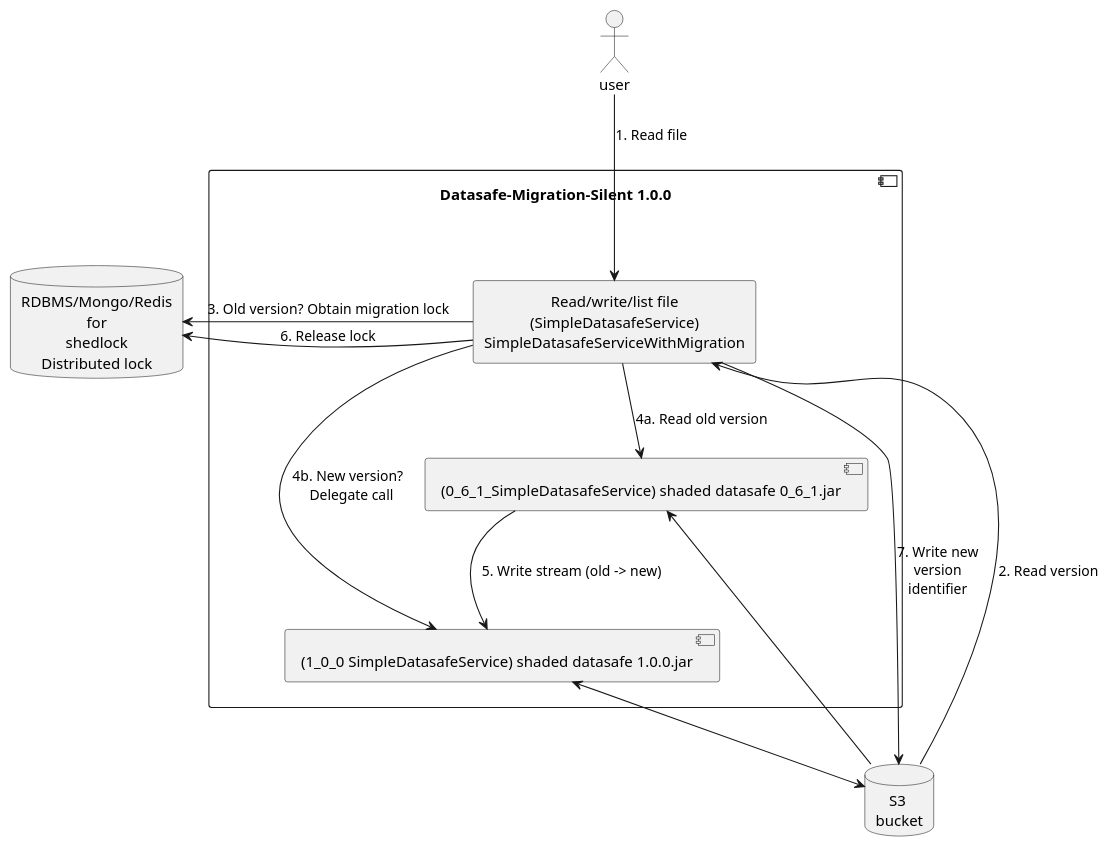
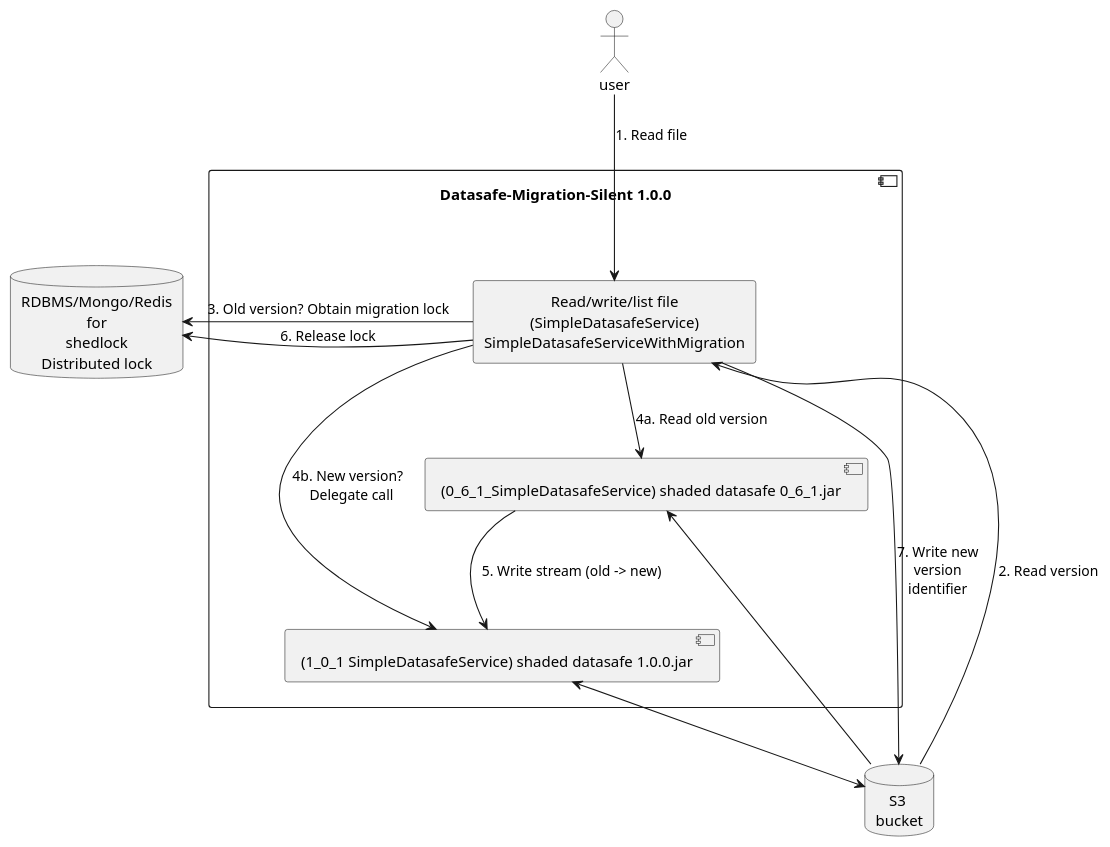
The diagram in docs/diagrams/silent-migration.puml (adorsys/datasafe-migration), drawn with PlantUML before and after one commit. The commit also changed 40 other files, not shown here.

```diff
--- a/docs/diagrams/silent-migration.puml
+++ b/docs/diagrams/silent-migration.puml
@@ -1,33 +1,33 @@
 @startuml
 
 skinparam ranksep 55
 skinparam defaultTextAlignment center
 'skinparam nodesep 20
 skinparam shadowing false
 'skinparam linetype ortho
 
 actor user
 
 component "Datasafe-Migration-Silent 1.0.0\n\n\n" as UBER {
   rectangle "Read/write/list file\n(SimpleDatasafeService)\nSimpleDatasafeServiceWithMigration" as proxy
   component "(0_6_1_SimpleDatasafeService) shaded datasafe 0_6_1.jar" as reader
-  component "(1_0_0 SimpleDatasafeService) shaded datasafe 1.0.0.jar" as datasafe
+  component "(1_0_1 SimpleDatasafeService) shaded datasafe 1.0.0.jar" as datasafe
   reader -[hidden]down-> datasafe
 }
 
 database "S3 \nbucket" as bucket
 database "RDBMS/Mongo/Redis\nfor\nshedlock\nDistributed lock" as lock
 
 user --> proxy : 1. Read file
 proxy <-- bucket : 2. Read version
 proxy -left-> lock : 3. Old version? Obtain migration lock
 proxy --> reader : 4a. Read old version
 proxy --> datasafe : 4b. New version? \n Delegate call
 reader --> datasafe : 5. Write stream (old -> new)
 proxy -left-> lock : 6. Release lock
 proxy --> bucket : 7. Write new\nversion\nidentifier
 
 reader <-- bucket
 datasafe <--> bucket
 bucket -[hidden]left-> UBER
 @enduml
```
